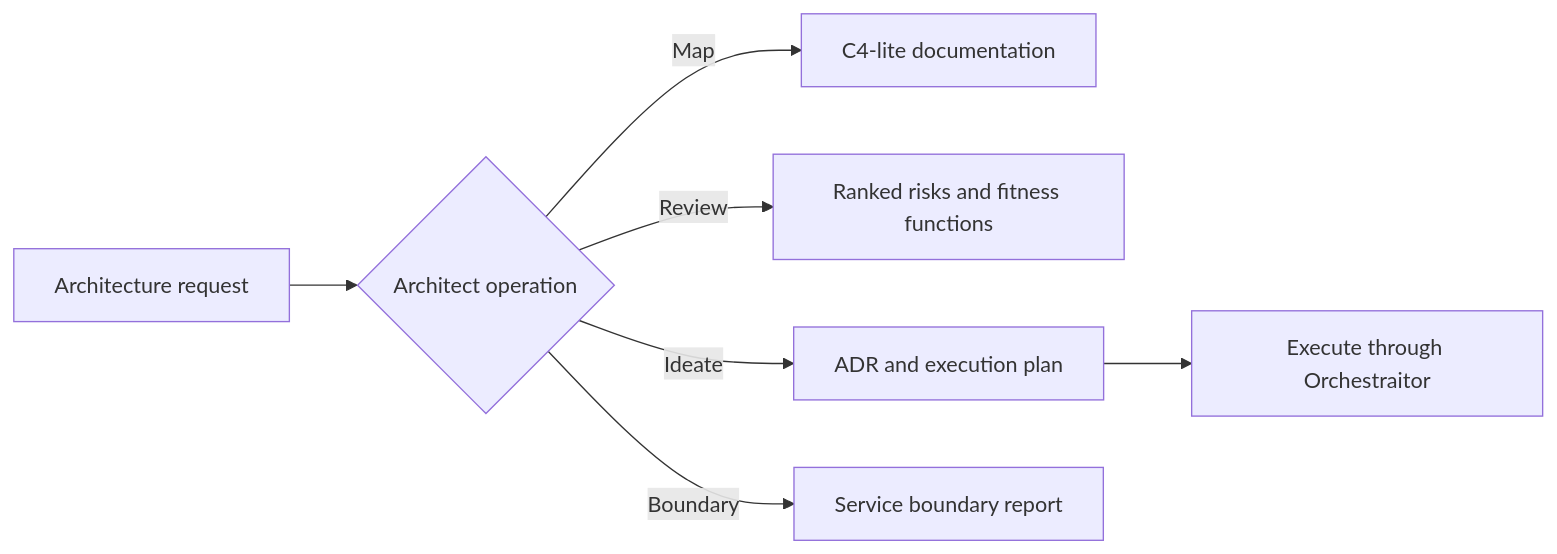
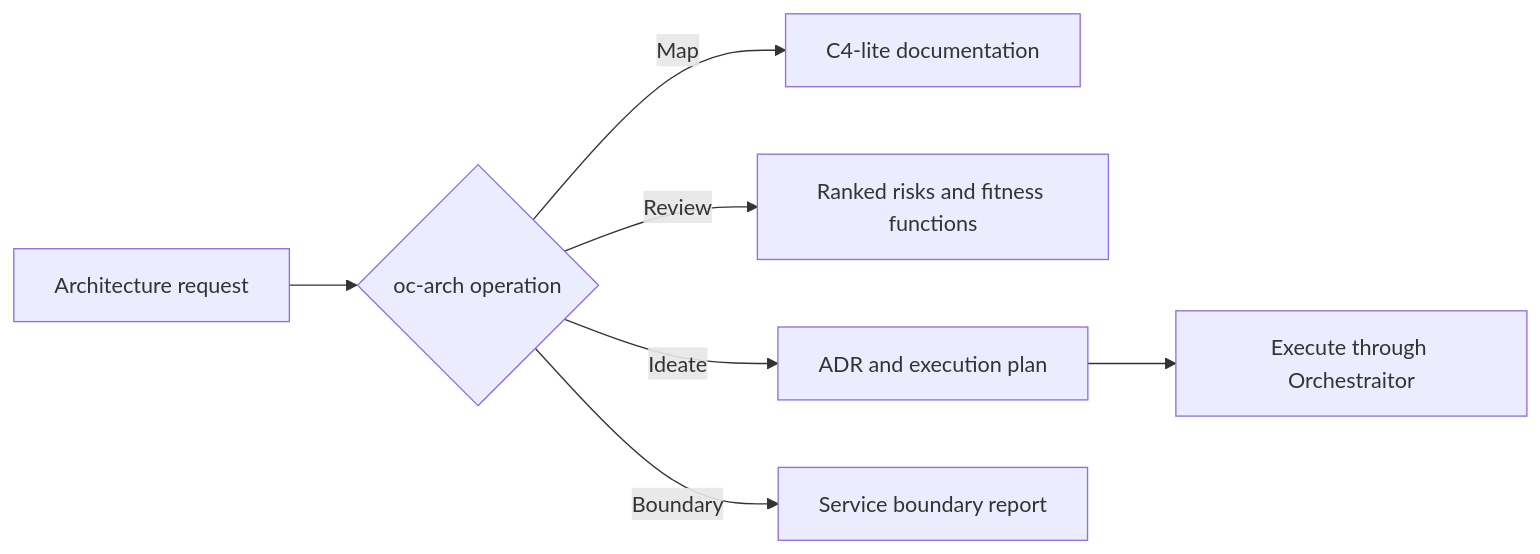
The diagram in domains/architecture/README.md (andresnator/agents-orchestrator), drawn with Mermaid before and after one commit. The commit also changed other lines of this file and 74 other files, not shown here.

````diff
--- a/domains/architecture/README.md
+++ b/domains/architecture/README.md
@@ -20,9 +20,9 @@
 ```mermaid
 flowchart LR
-    request[Architecture request] --> architect{Architect operation}
+    request[Architecture request] --> architect{oc-arch operation}
     architect -->|Map| map[C4-lite documentation]
     architect -->|Review| review[Ranked risks and fitness functions]
     architect -->|Ideate| ideate[ADR and execution plan]
     architect -->|Boundary| boundary[Service boundary report]
     ideate --> execute[Execute through Orchestraitor]
 ```
````
